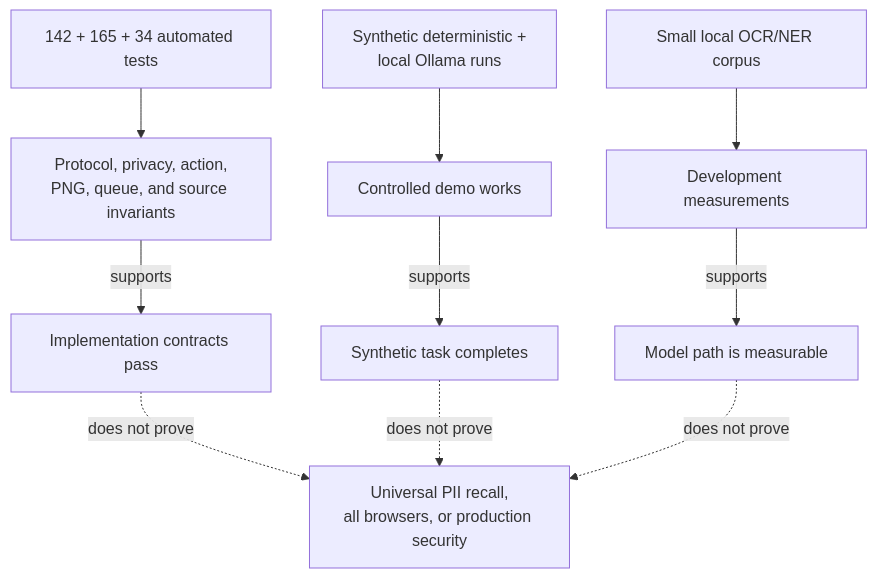
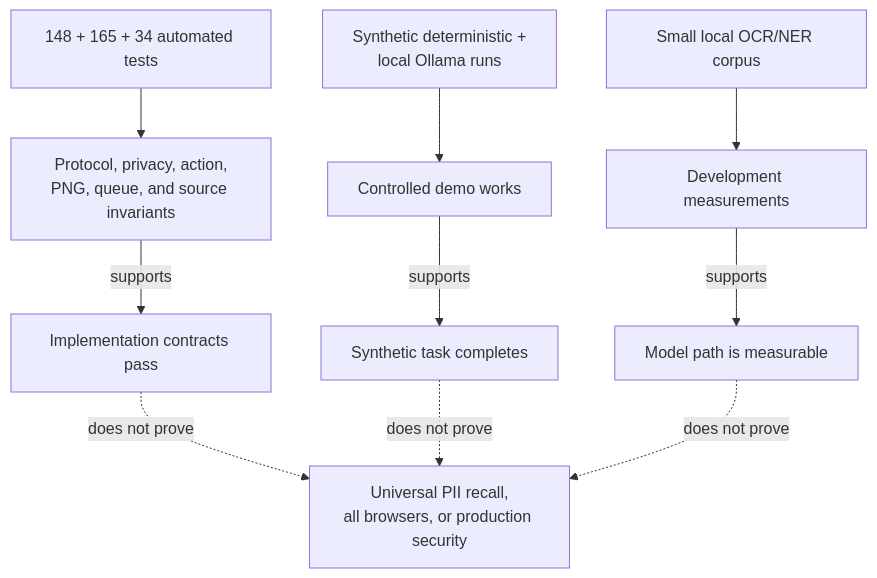
One commit to Rohinth-S/NAYAN changed the third of 3 diagrams in VALIDATION_REPORT.md. Above: the diagram before and after it, drawn with Mermaid. The commit also changed other lines of this file and 13 other files, not shown here.

````diff
--- a/VALIDATION_REPORT.md
+++ b/VALIDATION_REPORT.md
@@ -60,12 +60,12 @@
 ```mermaid
 flowchart TD
-    TESTS[142 + 165 + 34 automated tests] --> CONTRACTS[Protocol, privacy, action,<br/>PNG, queue, and source invariants]
+    TESTS[148 + 165 + 34 automated tests] --> CONTRACTS[Protocol, privacy, action,<br/>PNG, queue, and source invariants]
     E2E[Synthetic deterministic +<br/>local Ollama runs] --> DEMO[Controlled demo works]
     PERCEPTION[Small local OCR/NER corpus] --> EXPERIMENT[Development measurements]
     CONTRACTS -->|supports| CLAIM1[Implementation contracts pass]
     DEMO -->|supports| CLAIM2[Synthetic task completes]
     EXPERIMENT -->|supports| CLAIM3[Model path is measurable]
     CLAIM1 -. does not prove .-> UNIVERSAL[Universal PII recall,<br/>all browsers, or production security]
     CLAIM2 -. does not prove .-> UNIVERSAL
     CLAIM3 -. does not prove .-> UNIVERSAL
 ```
````
